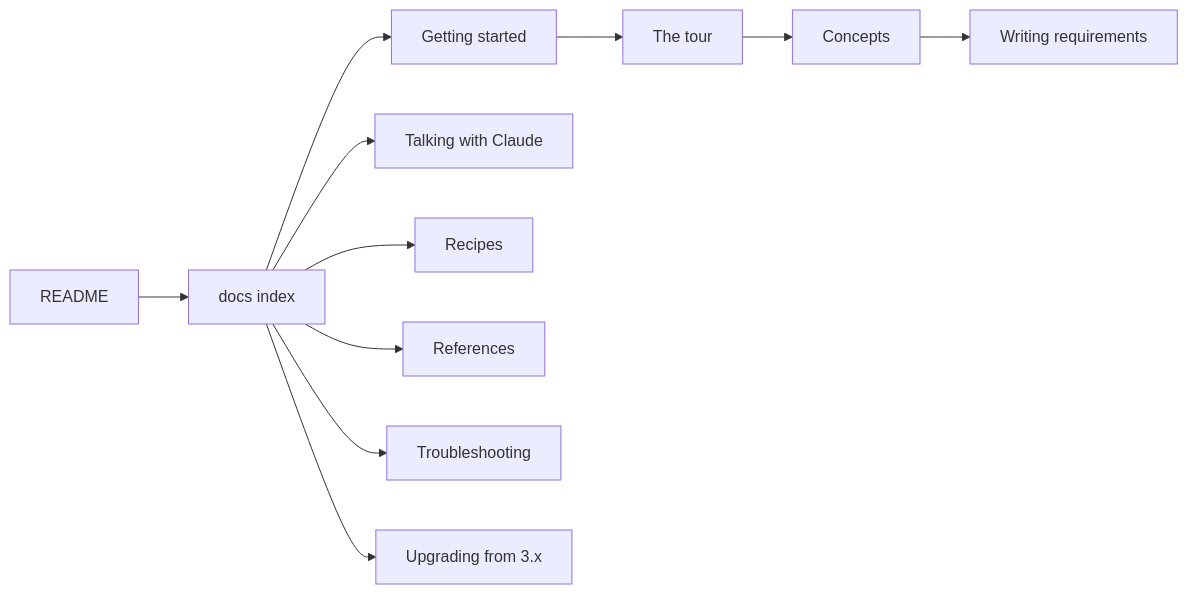
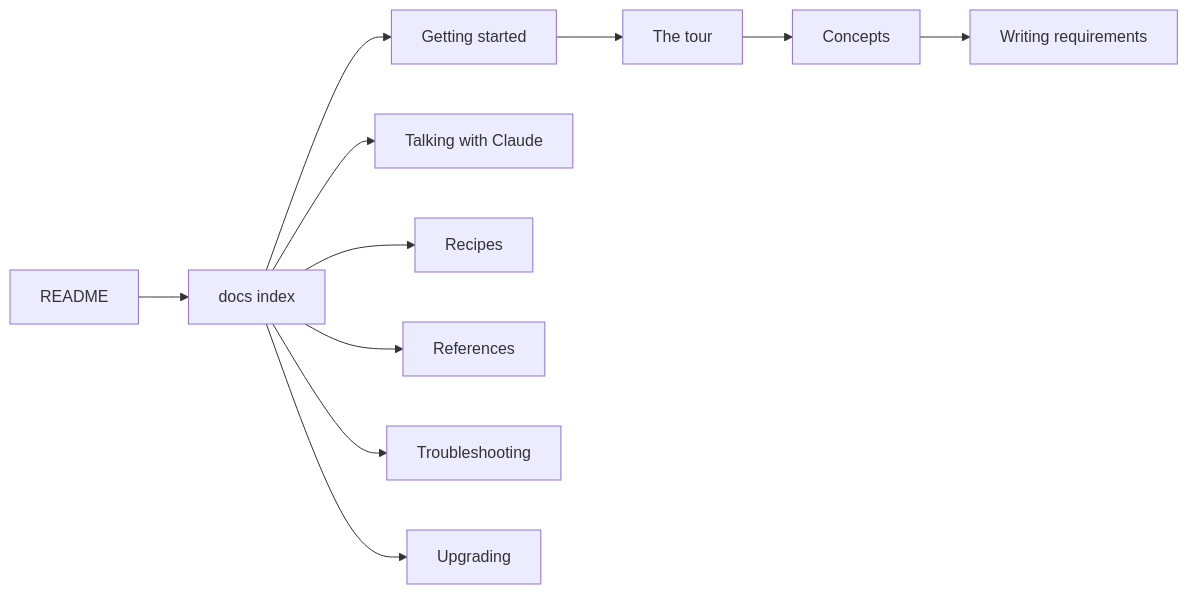
The diagram in docs/index.md (dstengle/shopsystem-bdd), drawn with Mermaid before and after one commit. The commit also changed other lines of this file and 22 other files, not shown here.

````diff
--- a/docs/index.md
+++ b/docs/index.md
@@ -45,10 +45,10 @@
 ```mermaid
 flowchart LR
   R[README] --> I[docs index]
   I --> GS[Getting started] --> T[The tour] --> C[Concepts] --> W[Writing requirements]
   I --> TW[Talking with Claude]
   I --> RC[Recipes]
   I --> REF[References]
   I --> TS[Troubleshooting]
-  I --> UP[Upgrading from 3.x]
+  I --> UP[Upgrading]
 ```
````
